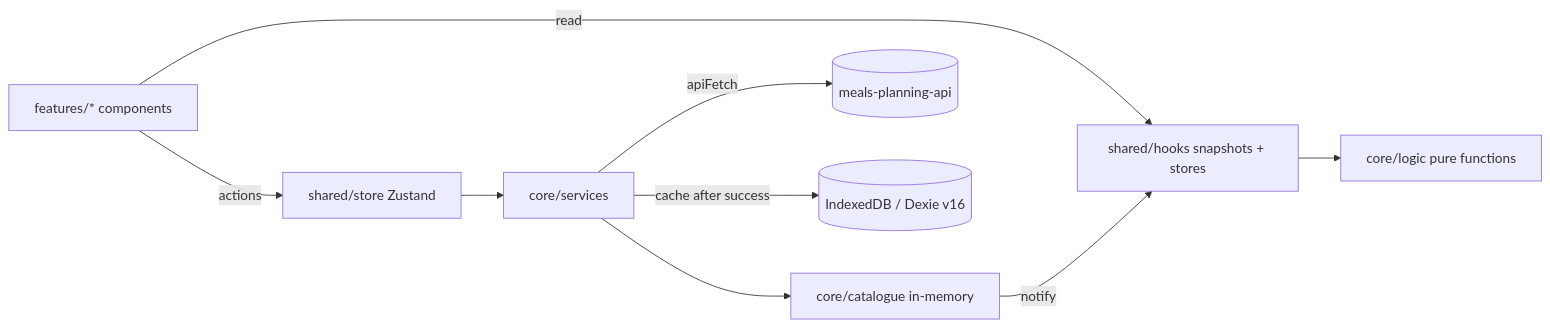
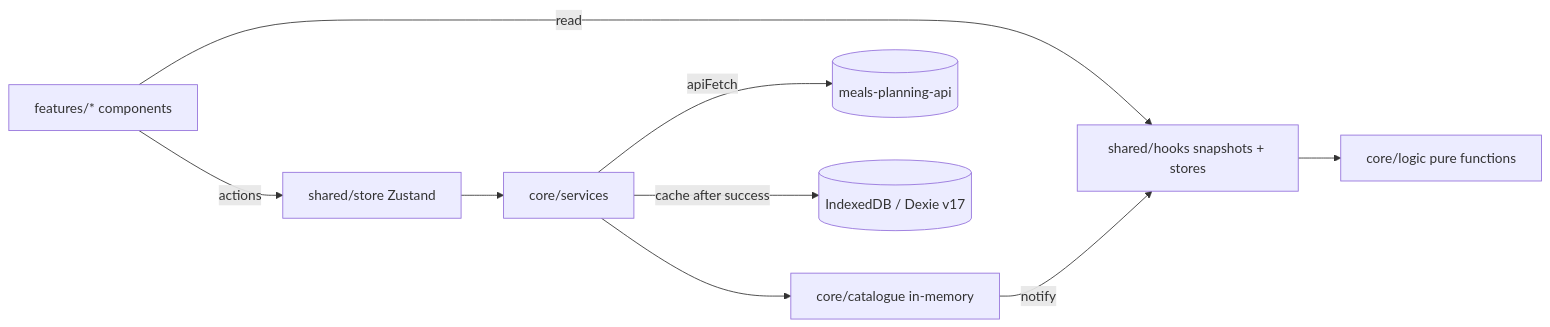
One commit to Jduquenne/artemis-foodlab changed the diagram in docs/architecture.md. Above: the diagram before and after it, drawn with Mermaid. The commit also changed other lines of this file and 20 other files, not shown here.

````diff
--- a/docs/architecture.md
+++ b/docs/architecture.md
@@ -9,11 +9,11 @@
 ```mermaid
 flowchart LR
   UI[features/* components] -->|read| Snap[shared/hooks snapshots + stores]
   UI -->|actions| Store[shared/store Zustand]
   Store --> Svc[core/services]
   Svc -->|apiFetch| API[(meals-planning-api)]
-  Svc -->|cache after success| IDB[(IndexedDB / Dexie v16)]
+  Svc -->|cache after success| IDB[(IndexedDB / Dexie v17)]
   Svc --> Cat[core/catalogue in-memory]
   Cat -->|notify| Snap
   Snap --> Logic[core/logic pure functions]
 ```
````
